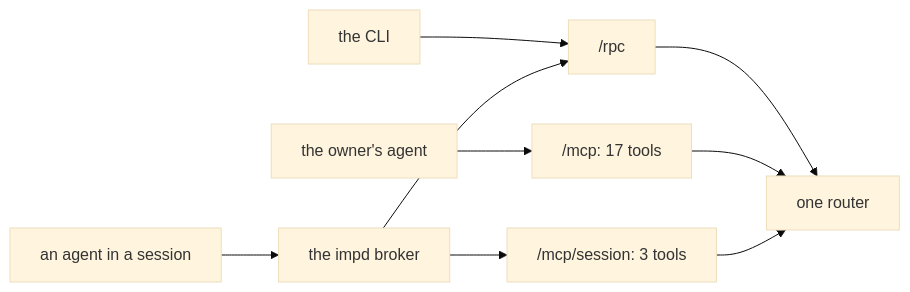
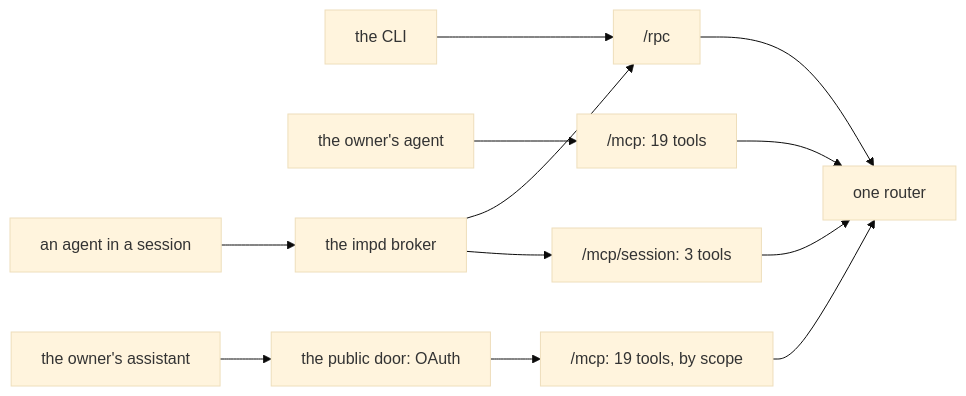
One commit to zgeoff/boxxy changed the diagram in docs/design/boxxy/v1-api-and-auth.md. Above: the diagram before and after it, drawn with Mermaid (base theme). The commit also changed other lines of this file and 155 other files, not shown here.

First line of the commit message:
feat(server): serve the owner mcp tools on a public oauth door (#91)

````diff
--- a/docs/design/boxxy/v1-api-and-auth.md
+++ b/docs/design/boxxy/v1-api-and-auth.md
@@ -7,11 +7,13 @@
 ```mermaid
 flowchart LR
   cli[the CLI] --> rpc["/rpc"]
-  owner[the owner's agent] --> mcp["/mcp: 17 tools"]
+  owner[the owner's agent] --> mcp["/mcp: 19 tools"]
+  remote[the owner's assistant] --> oauth[the public door: OAuth] --> pmcp["/mcp: 19 tools, by scope"]
   session[an agent in a session] --> broker[the impd broker]
   broker --> rpc
   broker --> smcp["/mcp/session: 3 tools"]
   rpc --> router[one router]
   mcp --> router
+  pmcp --> router
   smcp --> router
 ```
````
